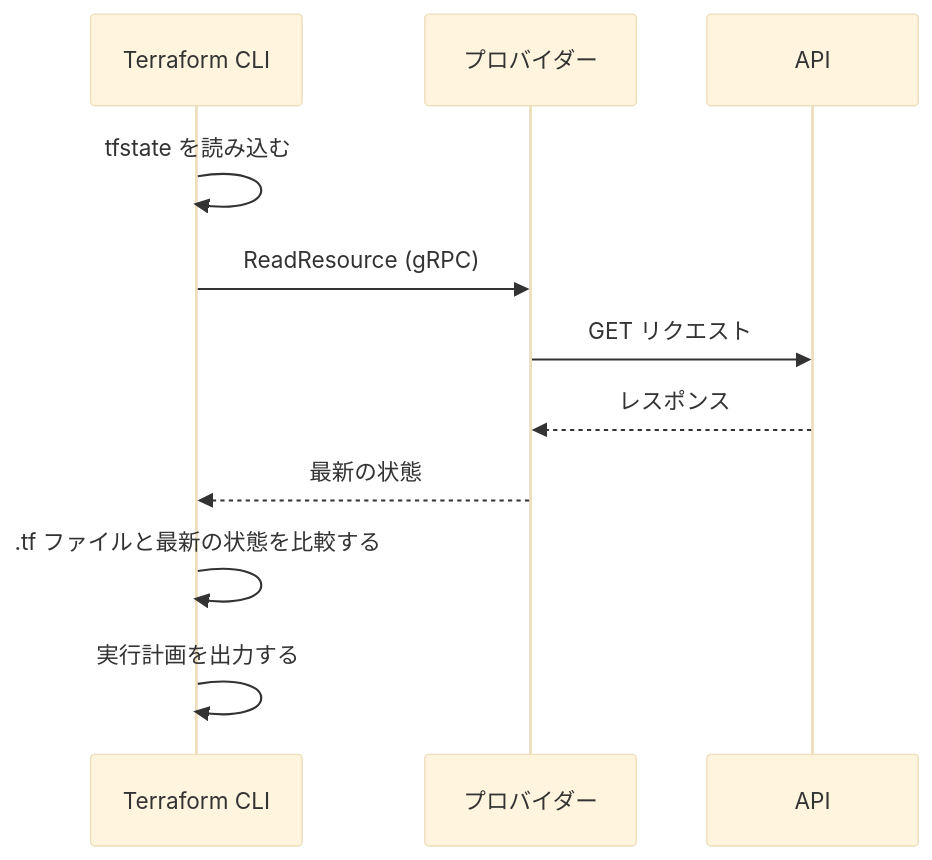
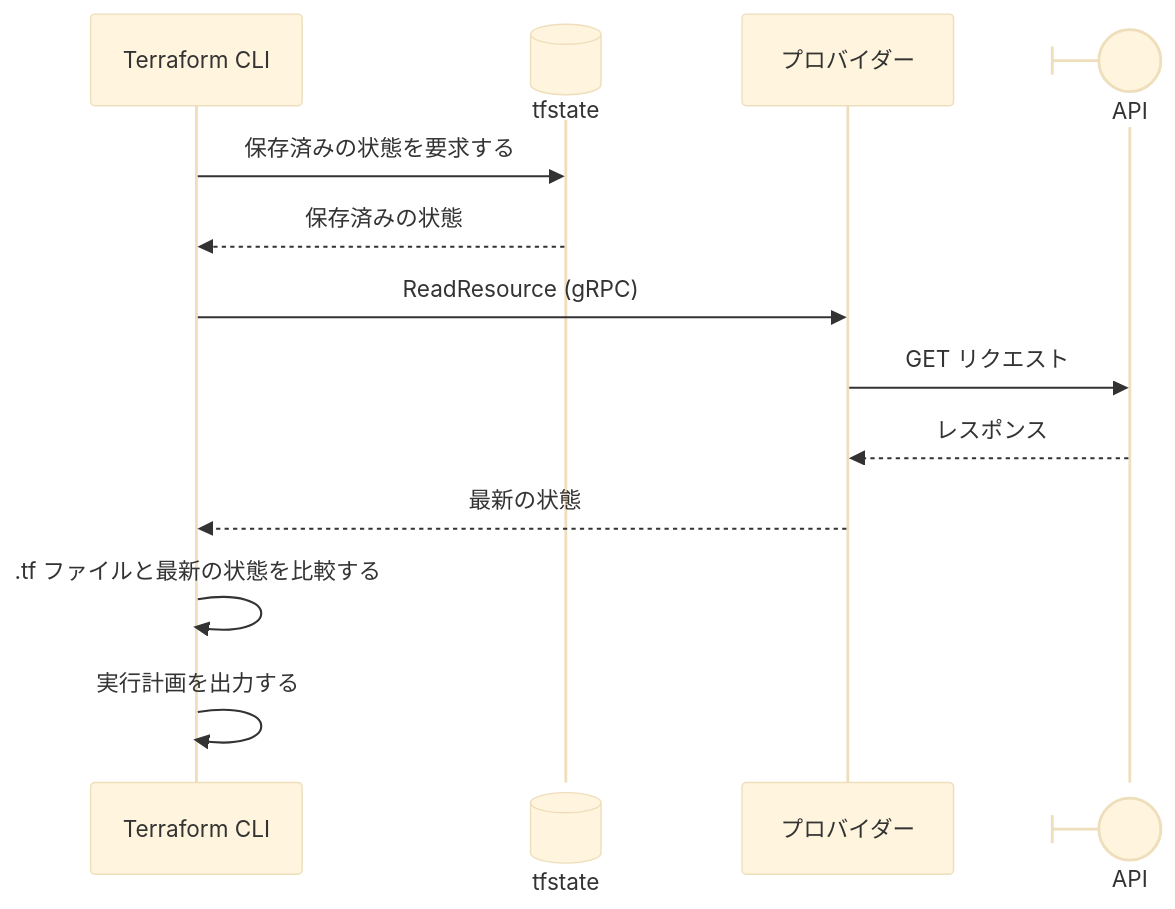
One commit to hiroki-it/tech-notebook changed the fourth of 5 diagrams in docs/infrastructure_as_code/infrastructure_as_code_terraform_provider_self.md. Above: the diagram before and after it, drawn with Mermaid (base theme). The commit also changed other lines of this file, not shown here.

````diff
--- a/docs/infrastructure_as_code/infrastructure_as_code_terraform_provider_self.md
+++ b/docs/infrastructure_as_code/infrastructure_as_code_terraform_provider_self.md
@@ -98,14 +101,16 @@
 ```mermaid
 sequenceDiagram
     participant Terraform as Terraform CLI
+    participant State@{ "type": "database" } as tfstate
     participant Provider as プロバイダー
-    participant API as API
+    participant API@{ "type": "boundary" } as API
 
-    Terraform ->> Terraform: tfstate を読み込む
+    Terraform ->> State: 保存済みの状態を要求する
+    State -->> Terraform: 保存済みの状態
     Terraform ->> Provider: ReadResource (gRPC)
     Provider ->> API: GET リクエスト
     API -->> Provider: レスポンス
     Provider -->> Terraform: 最新の状態
     Terraform ->> Terraform: .tf ファイルと最新の状態を比較する
     Terraform ->> Terraform: 実行計画を出力する
 ```
````
